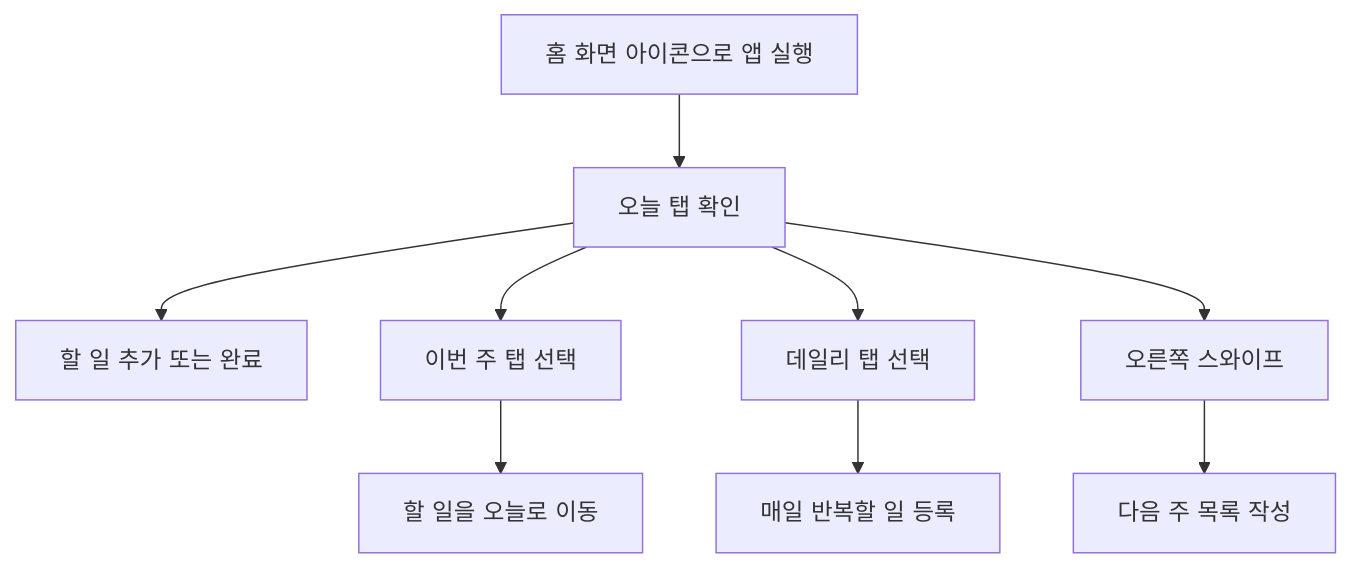
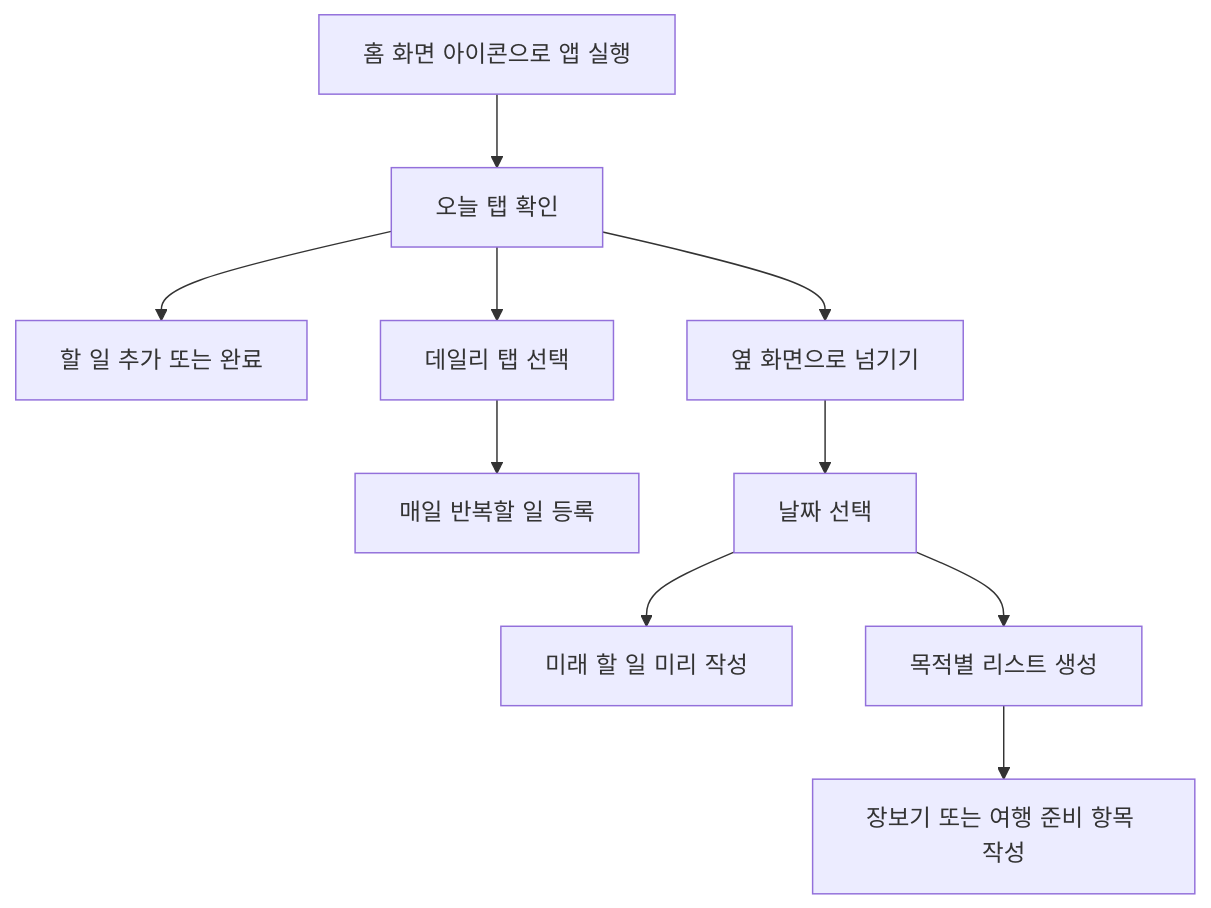
Before and after one commit to jiyeongoing/to-do-list-application: the first of 2 diagrams in docs/USER_FLOW.md, drawn with Mermaid. The commit also changed other lines of this file and 6 other files, not shown here.

````diff
--- a/docs/USER_FLOW.md
+++ b/docs/USER_FLOW.md
@@ -5,11 +5,12 @@
 ```mermaid
 flowchart TD
     A["홈 화면 아이콘으로 앱 실행"] --> B["오늘 탭 확인"]
     B --> C["할 일 추가 또는 완료"]
-    B --> D["이번 주 탭 선택"]
-    D --> E["할 일을 오늘로 이동"]
-    B --> F["데일리 탭 선택"]
-    F --> G["매일 반복할 일 등록"]
-    B --> H["오른쪽 스와이프"]
-    H --> I["다음 주 목록 작성"]
+    B --> D["데일리 탭 선택"]
+    D --> E["매일 반복할 일 등록"]
+    B --> F["옆 화면으로 넘기기"]
+    F --> G["날짜 선택"]
+    G --> H["미래 할 일 미리 작성"]
+    G --> I["목적별 리스트 생성"]
+    I --> J["장보기 또는 여행 준비 항목 작성"]
 ```
````
